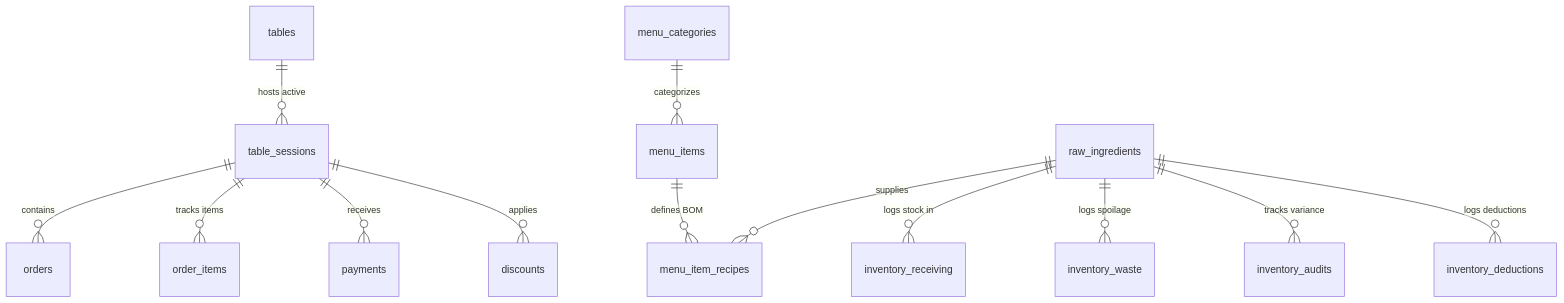
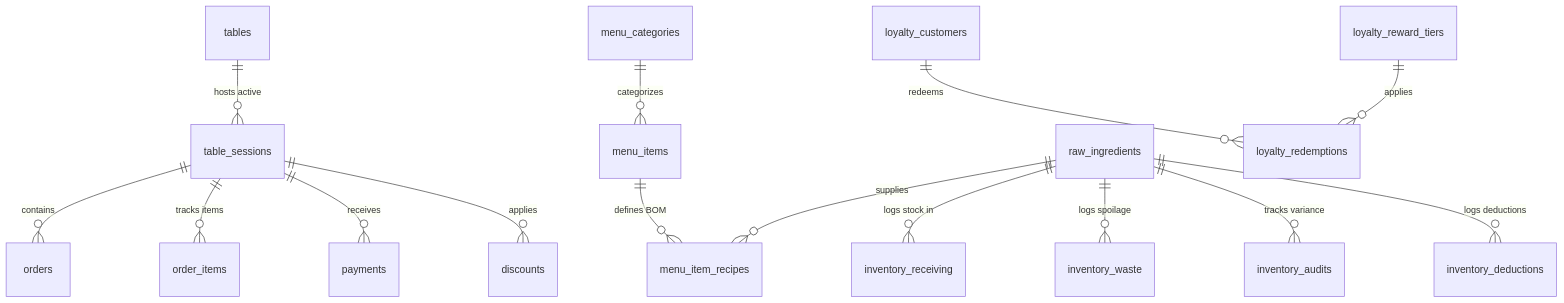
One commit to Nicolanasr/Skylightvillage-kitchen changed the diagram in README.md. Above: the diagram before and after it, drawn with Mermaid. The commit also changed other lines of this file and 9 other files, not shown here.

````diff
--- a/README.md
+++ b/README.md
@@ -44,15 +44,17 @@
 ```mermaid
 erDiagram
     tables ||--o{ table_sessions : "hosts active"
     table_sessions ||--o{ orders : "contains"
     table_sessions ||--o{ order_items : "tracks items"
     table_sessions ||--o{ payments : "receives"
     table_sessions ||--o{ discounts : "applies"
     menu_categories ||--o{ menu_items : "categorizes"
     menu_items ||--o{ menu_item_recipes : "defines BOM"
     raw_ingredients ||--o{ menu_item_recipes : "supplies"
     raw_ingredients ||--o{ inventory_receiving : "logs stock in"
     raw_ingredients ||--o{ inventory_waste : "logs spoilage"
     raw_ingredients ||--o{ inventory_audits : "tracks variance"
     raw_ingredients ||--o{ inventory_deductions : "logs deductions"
+    loyalty_customers ||--o{ loyalty_redemptions : "redeems"
+    loyalty_reward_tiers ||--o{ loyalty_redemptions : "applies"
 ```
````
